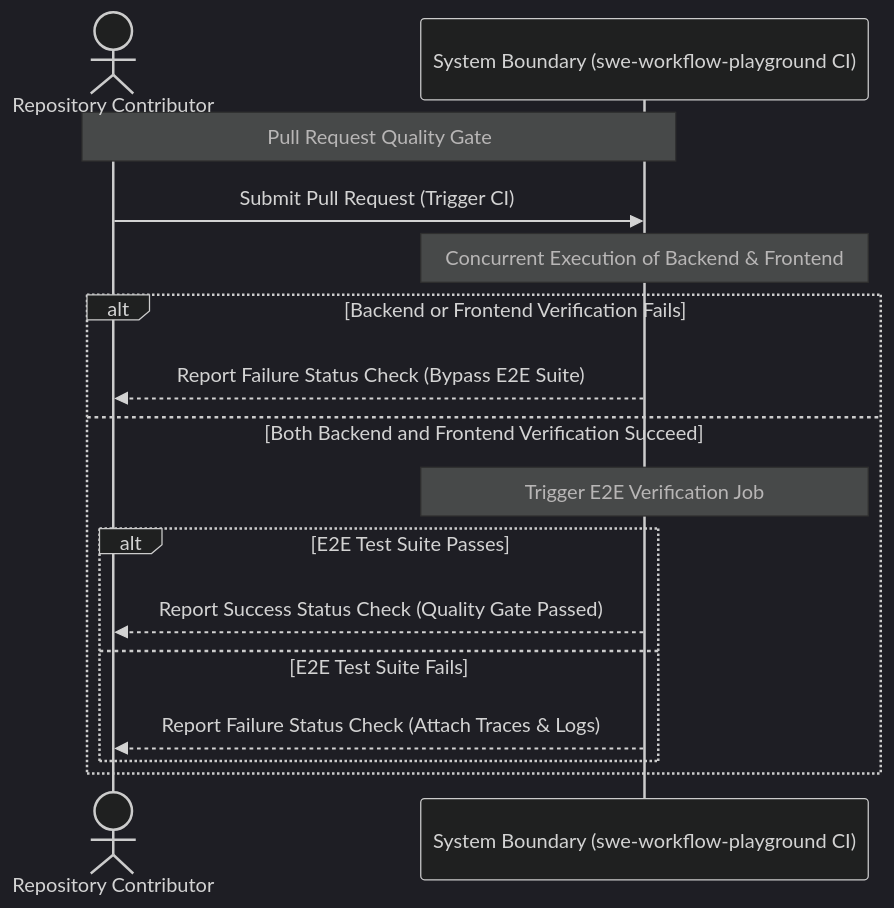
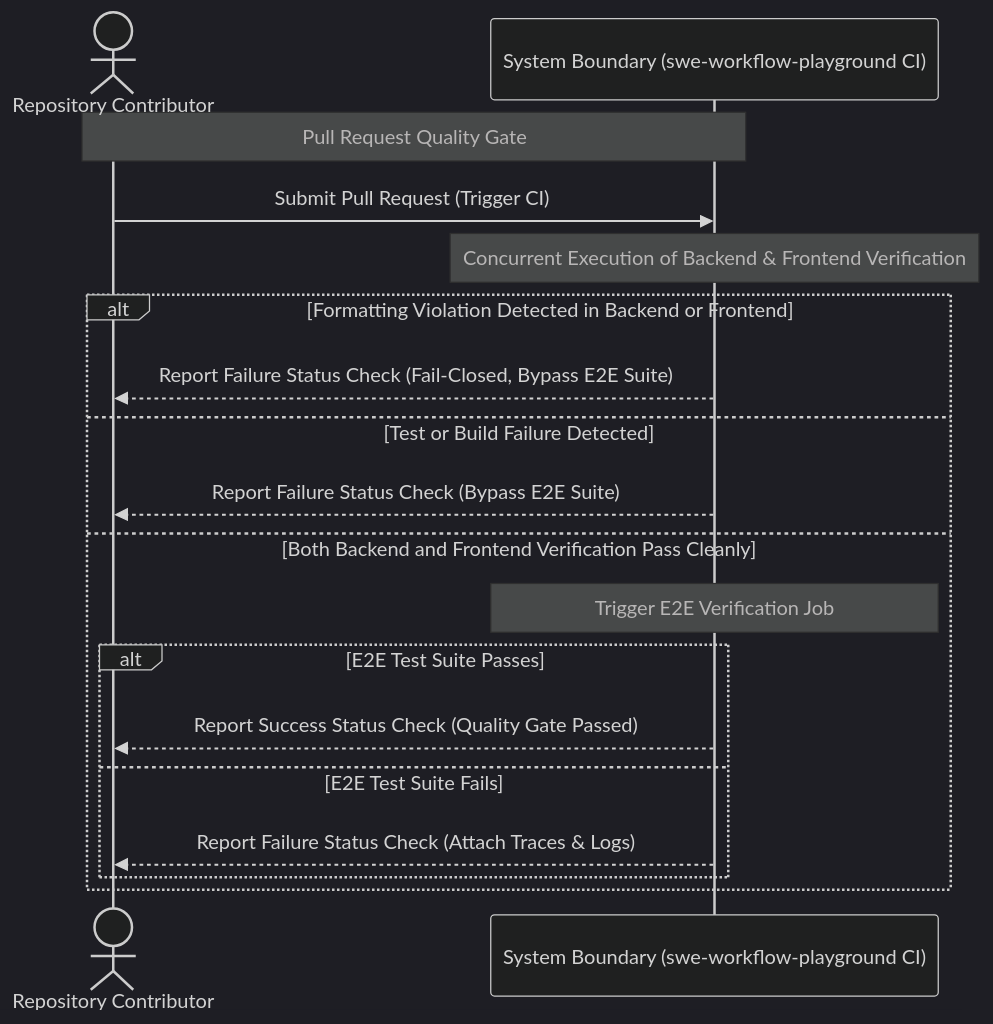
Before and after one commit to green-tea-stalk/swe-workflow-playground: the first of 2 diagrams in docs/specs/ci-and-repo-automation/requirements.md, drawn with Mermaid (dark theme). The commit also changed other lines of this file and 5 other files, not shown here.

````diff
--- a/docs/specs/ci-and-repo-automation/requirements.md
+++ b/docs/specs/ci-and-repo-automation/requirements.md
@@ -97,19 +127,21 @@
 ```mermaid
 sequenceDiagram
     actor Contributor as Repository Contributor
     participant System as System Boundary (swe-workflow-playground CI)
 
     Note over Contributor,System: Pull Request Quality Gate
     Contributor->>System: Submit Pull Request (Trigger CI)
-    Note over System: Concurrent Execution of Backend & Frontend
-    alt Backend or Frontend Verification Fails
+    Note over System: Concurrent Execution of Backend & Frontend Verification
+    alt Formatting Violation Detected in Backend or Frontend
+        System-->>Contributor: Report Failure Status Check (Fail-Closed, Bypass E2E Suite)
+    else Test or Build Failure Detected
         System-->>Contributor: Report Failure Status Check (Bypass E2E Suite)
-    else Both Backend and Frontend Verification Succeed
+    else Both Backend and Frontend Verification Pass Cleanly
         Note over System: Trigger E2E Verification Job
         alt E2E Test Suite Passes
             System-->>Contributor: Report Success Status Check (Quality Gate Passed)
         else E2E Test Suite Fails
             System-->>Contributor: Report Failure Status Check (Attach Traces & Logs)
         end
     end
 ```
````
